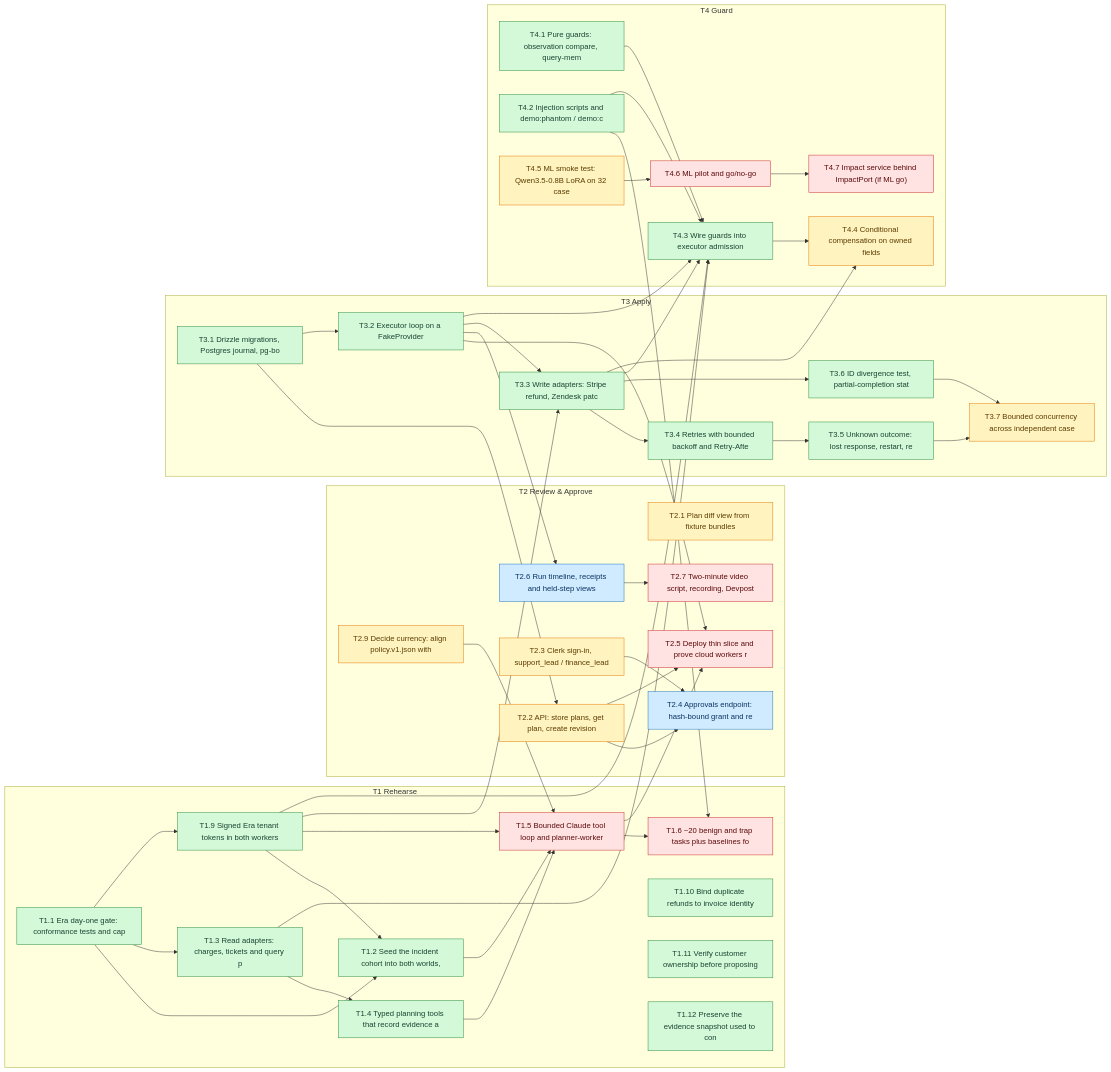
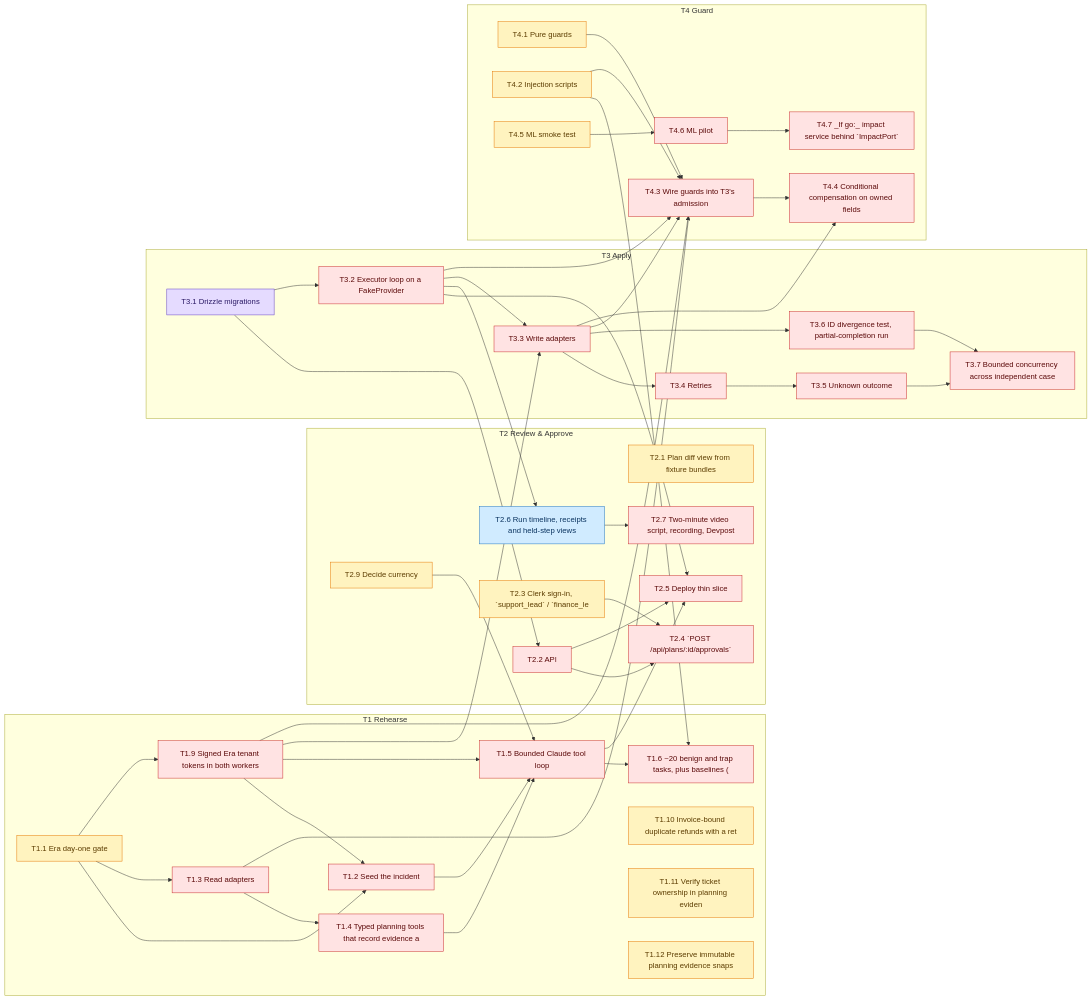
The diagram in BLOCKERS.md (SoroushRF/Rehearsal), drawn with Mermaid before and after one commit. The commit also changed other lines of this file, not shown here.

```diff
--- a/BLOCKERS.md
+++ b/BLOCKERS.md
@@ -92,44 +92,44 @@
   classDef ready fill:#fff3bf,stroke:#e67700,color:#5c3c00
   classDef blocked fill:#ffe3e3,stroke:#c92a2a,color:#5c0a0a
   subgraph T1[T1 Rehearse]
-    T1_1["T1.1 Era day-one gate: conformance tests and cap"]:::done
-    T1_2["T1.2 Seed the incident cohort into both worlds, "]:::done
-    T1_3["T1.3 Read adapters: charges, tickets and query p"]:::done
-    T1_4["T1.4 Typed planning tools that record evidence a"]:::done
-    T1_5["T1.5 Bounded Claude tool loop and planner-worker"]:::blocked
-    T1_6["T1.6 ~20 benign and trap tasks plus baselines fo"]:::blocked
-    T1_9["T1.9 Signed Era tenant tokens in both workers"]:::done
-    T1_10["T1.10 Bind duplicate refunds to invoice identity"]:::done
-    T1_11["T1.11 Verify customer ownership before proposing"]:::done
-    T1_12["T1.12 Preserve the evidence snapshot used to con"]:::done
+    T1_1["T1.1 Era day-one gate"]:::ready
+    T1_2["T1.2 Seed the incident"]:::blocked
+    T1_3["T1.3 Read adapters"]:::blocked
+    T1_4["T1.4 Typed planning tools that record evidence a"]:::blocked
+    T1_5["T1.5 Bounded Claude tool loop"]:::blocked
+    T1_6["T1.6 ~20 benign and trap tasks, plus baselines ("]:::blocked
+    T1_9["T1.9 Signed Era tenant tokens in both workers"]:::blocked
+    T1_10["T1.10 Invoice-bound duplicate refunds with a ret"]:::ready
+    T1_11["T1.11 Verify ticket ownership in planning eviden"]:::ready
+    T1_12["T1.12 Preserve immutable planning evidence snaps"]:::ready
   end
   subgraph T2[T2 Review & Approve]
     T2_1["T2.1 Plan diff view from fixture bundles"]:::ready
-    T2_2["T2.2 API: store plans, get plan, create revision"]:::ready
-    T2_3["T2.3 Clerk sign-in, support_lead / finance_lead "]:::ready
-    T2_4["T2.4 Approvals endpoint: hash-bound grant and re"]:::review
-    T2_5["T2.5 Deploy thin slice and prove cloud workers r"]:::blocked
+    T2_2["T2.2 API"]:::blocked
+    T2_3["T2.3 Clerk sign-in, `support_lead` / `finance_le"]:::ready
+    T2_4["T2.4 `POST /api/plans/:id/approvals`"]:::blocked
+    T2_5["T2.5 Deploy thin slice"]:::blocked
     T2_6["T2.6 Run timeline, receipts and held-step views "]:::review
     T2_7["T2.7 Two-minute video script, recording, Devpost"]:::blocked
-    T2_9["T2.9 Decide currency: align policy.v1.json with "]:::ready
+    T2_9["T2.9 Decide currency"]:::ready
   end
   subgraph T3[T3 Apply]
-    T3_1["T3.1 Drizzle migrations, Postgres journal, pg-bo"]:::done
-    T3_2["T3.2 Executor loop on a FakeProvider"]:::done
-    T3_3["T3.3 Write adapters: Stripe refund, Zendesk patc"]:::done
-    T3_4["T3.4 Retries with bounded backoff and Retry-Afte"]:::done
-    T3_5["T3.5 Unknown outcome: lost response, restart, re"]:::done
-    T3_6["T3.6 ID divergence test, partial-completion stat"]:::done
-    T3_7["T3.7 Bounded concurrency across independent case"]:::ready
+    T3_1["T3.1 Drizzle migrations"]:::progress
+    T3_2["T3.2 Executor loop on a FakeProvider"]:::blocked
+    T3_3["T3.3 Write adapters"]:::blocked
+    T3_4["T3.4 Retries"]:::blocked
+    T3_5["T3.5 Unknown outcome"]:::blocked
+    T3_6["T3.6 ID divergence test, partial-completion run "]:::blocked
+    T3_7["T3.7 Bounded concurrency across independent case"]:::blocked
   end
   subgraph T4[T4 Guard]
-    T4_1["T4.1 Pure guards: observation compare, query-mem"]:::done
-    T4_2["T4.2 Injection scripts and demo:phantom / demo:c"]:::done
-    T4_3["T4.3 Wire guards into executor admission"]:::done
-    T4_4["T4.4 Conditional compensation on owned fields"]:::ready
-    T4_5["T4.5 ML smoke test: Qwen3.5-0.8B LoRA on 32 case"]:::ready
-    T4_6["T4.6 ML pilot and go/no-go"]:::blocked
-    T4_7["T4.7 Impact service behind ImpactPort (if ML go)"]:::blocked
+    T4_1["T4.1 Pure guards"]:::ready
+    T4_2["T4.2 Injection scripts"]:::ready
+    T4_3["T4.3 Wire guards into T3's admission"]:::blocked
+    T4_4["T4.4 Conditional compensation on owned fields"]:::blocked
+    T4_5["T4.5 ML smoke test"]:::ready
+    T4_6["T4.6 ML pilot"]:::blocked
+    T4_7["T4.7 _If go:_ impact service behind `ImpactPort`"]:::blocked
   end
   T1_1 --> T1_2
   T1_9 --> T1_2
```
